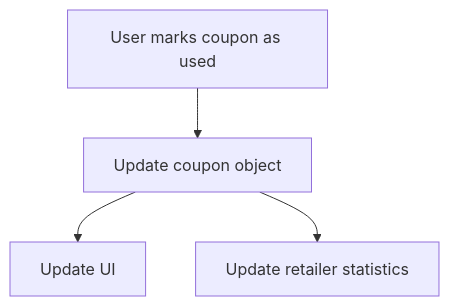
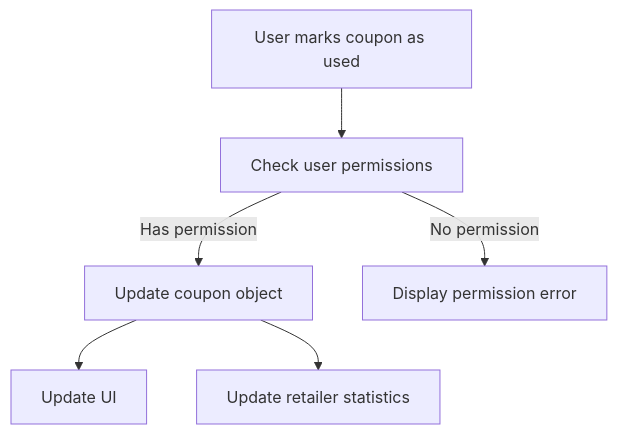
One commit to cazzoo/CouponManager changed the second of 3 diagrams in docs/data-models.md. Above: the diagram before and after it, drawn with Mermaid. The commit also changed other lines of this file and 52 other files, not shown here.

````diff
--- a/docs/data-models.md
+++ b/docs/data-models.md
@@ -170,6 +245,8 @@
 ```mermaid
 graph TD
-    A[User marks coupon as used] --> B[Update coupon object]
+    A[User marks coupon as used] --> H[Check user permissions]
+    H -->|Has permission| B[Update coupon object]
     B --> C[Update UI]
     B --> D[Update retailer statistics]
+    H -->|No permission| G[Display permission error]
 ```
````
